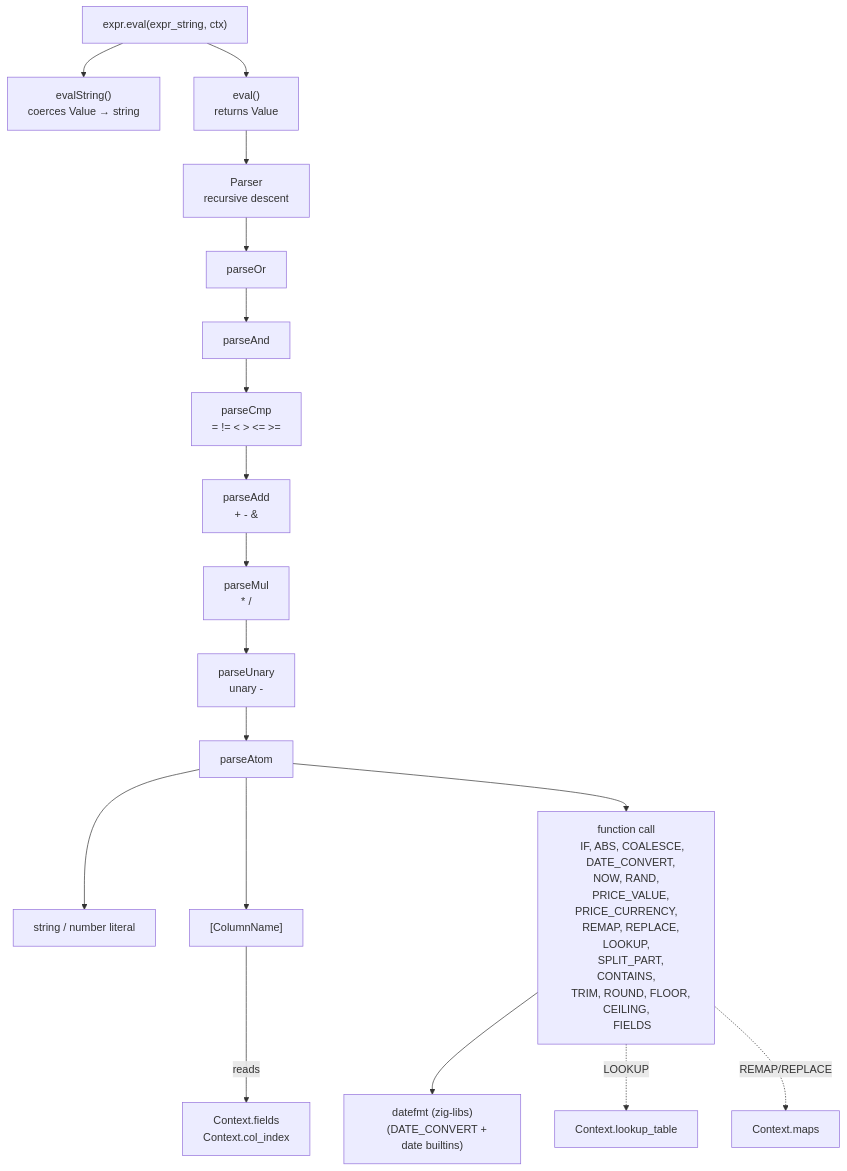
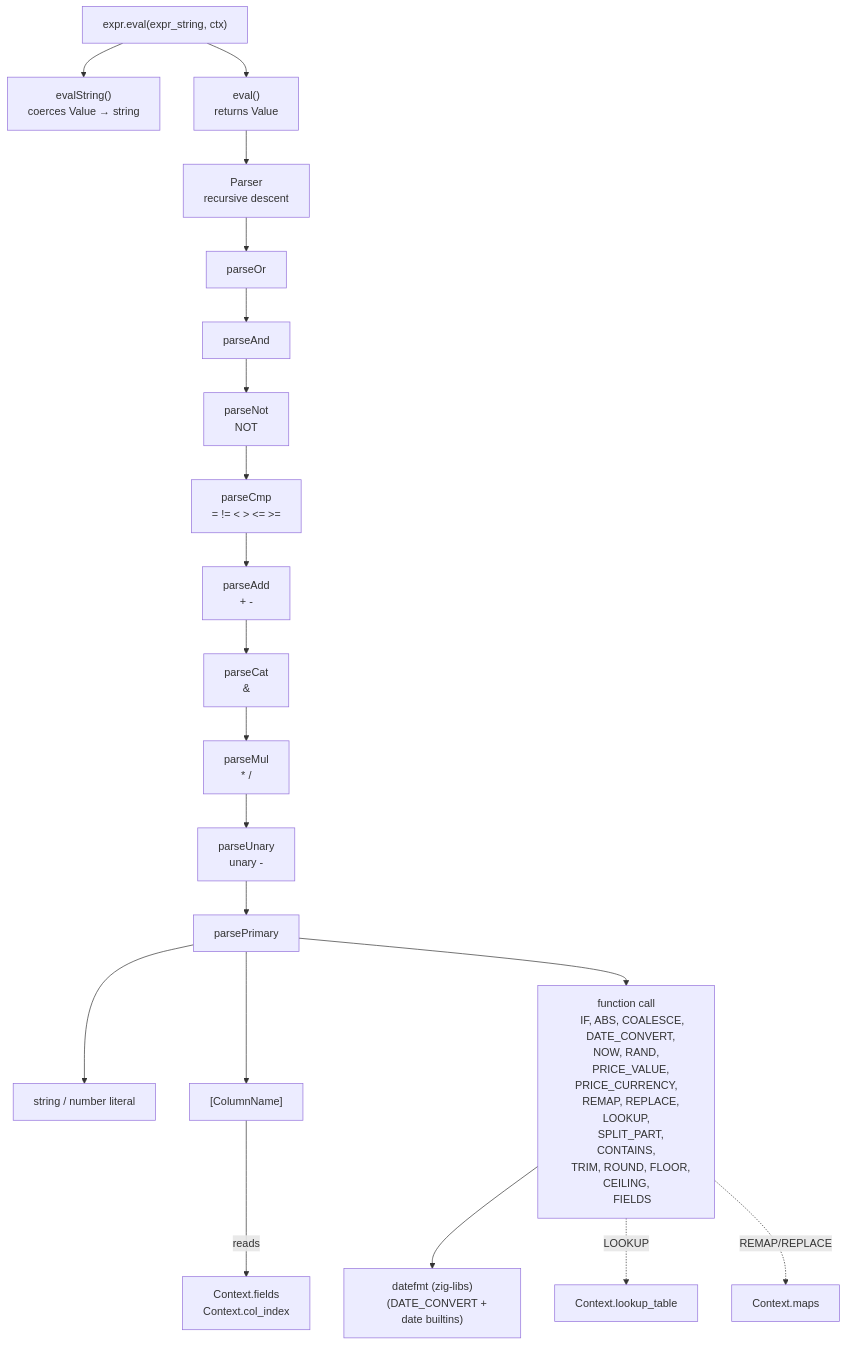
Before and after one commit to zaxified/bxp: the fifth of 5 diagrams in docs/dev/architecture/pipeline.md, drawn with Mermaid. The commit also changed other lines of this file and 53 other files, not shown here.

````diff
--- a/docs/dev/architecture/pipeline.md
+++ b/docs/dev/architecture/pipeline.md
@@ -326,38 +330,42 @@
 ```mermaid
 graph TD
     CALL["expr.eval(expr_string, ctx)"]
     CALL --> ES["evalString()
     coerces Value → string"]
     CALL --> EV["eval()
     returns Value"]
     EV --> PARSE["Parser
     recursive descent"]
     PARSE --> OR["parseOr"]
     OR --> AND["parseAnd"]
-    AND --> CMP["parseCmp
+    AND --> NOT["parseNot
+    NOT"]
+    NOT --> CMP["parseCmp
     = != < > <= >="]
     CMP --> ADD["parseAdd
-    + - &"]
-    ADD --> MUL["parseMul
+    + -"]
+    ADD --> CAT["parseCat
+    &"]
+    CAT --> MUL["parseMul
     * /"]
     MUL --> UNARY["parseUnary
     unary -"]
-    UNARY --> ATOM["parseAtom"]
+    UNARY --> ATOM["parsePrimary"]
     ATOM --> LIT["string / number literal"]
     ATOM --> FIELD["[ColumnName]"]
     ATOM --> FUNC["function call
     IF, ABS, COALESCE,
     DATE_CONVERT, NOW, RAND,
     PRICE_VALUE, PRICE_CURRENCY,
     REMAP, REPLACE, LOOKUP,
     SPLIT_PART, CONTAINS,
     TRIM, ROUND, FLOOR, CEILING,
     FIELDS"]
     FUNC --> DATEFMT_CALL["datefmt (zig-libs)
     (DATE_CONVERT + date builtins)"]
 
     FIELD -->|reads| CTX_FIELDS["Context.fields
     Context.col_index"]
     FUNC -.LOOKUP.-> CTX_LT["Context.lookup_table"]
     FUNC -."REMAP/REPLACE".-> CTX_TM["Context.maps"]
 ```
````
